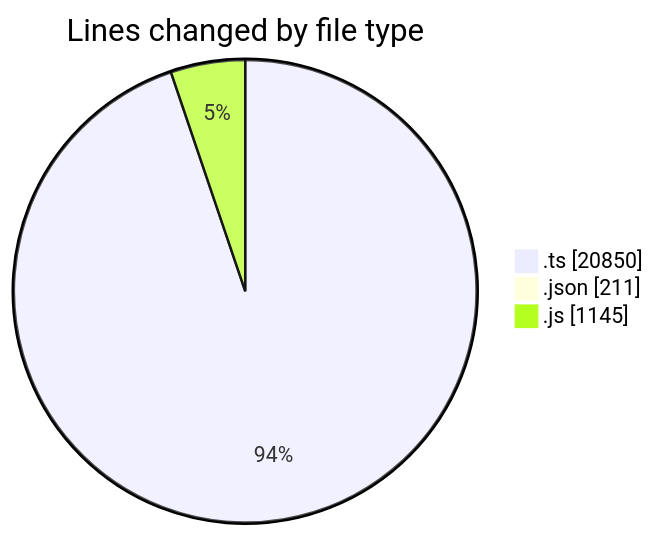
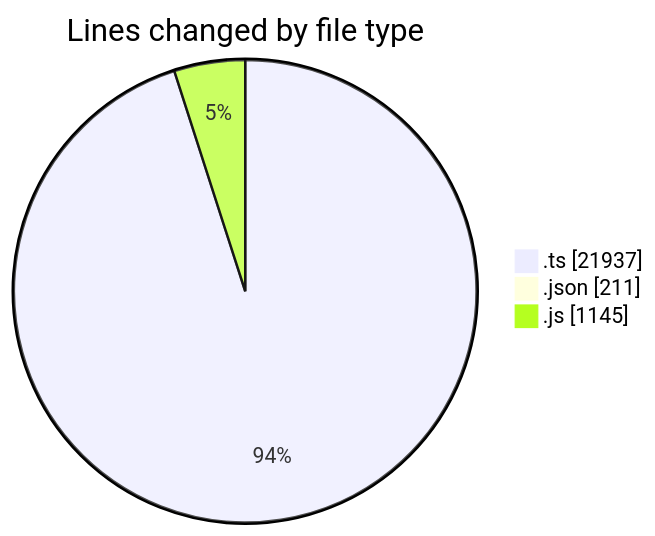
One commit to momahboobian/code-tracking changed the first of 2 diagrams in 2026-11-04/cda/README.md. Above: the diagram before and after it, drawn with Mermaid. The commit also changed other lines of this file and 1 other file, not shown here.

````diff
--- a/2026-11-04/cda/README.md
+++ b/2026-11-04/cda/README.md
@@ -26,7 +30,7 @@
 ```mermaid
 pie showData
 title Lines changed by file type
-".ts" : 20850
+".ts" : 21937
 ".json" : 211
 ".js" : 1145
 ```
````
